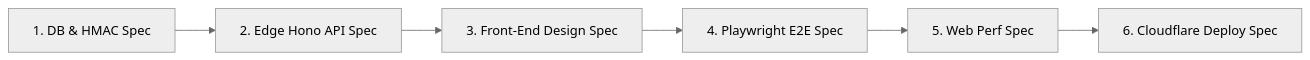
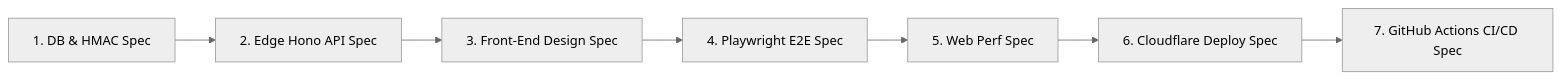
The diagram in docs/SPEC_DRIVEN_WORKFLOW.md (RafalauriSantos/desafio-elite-dev), drawn with Mermaid (neutral theme) before and after one commit. The commit also changed other lines of this file and 2 other files, not shown here.

Commit message:
docs: update README.md, PRD.md, and SPEC_DRIVEN_WORKFLOW.md with v2.0.0 features, CI/CD pipeline, and Apple Wallet Pass specs

````diff
--- a/docs/SPEC_DRIVEN_WORKFLOW.md
+++ b/docs/SPEC_DRIVEN_WORKFLOW.md
@@ -22,8 +21,9 @@
 ```mermaid
 flowchart LR
     S1["1. DB & HMAC Spec"] --> S2["2. Edge Hono API Spec"]
     S2 --> S3["3. Front-End Design Spec"]
     S3 --> S4["4. Playwright E2E Spec"]
     S4 --> S5["5. Web Perf Spec"]
     S5 --> S6["6. Cloudflare Deploy Spec"]
+    S6 --> S7["7. GitHub Actions CI/CD Spec"]
 ```
````
